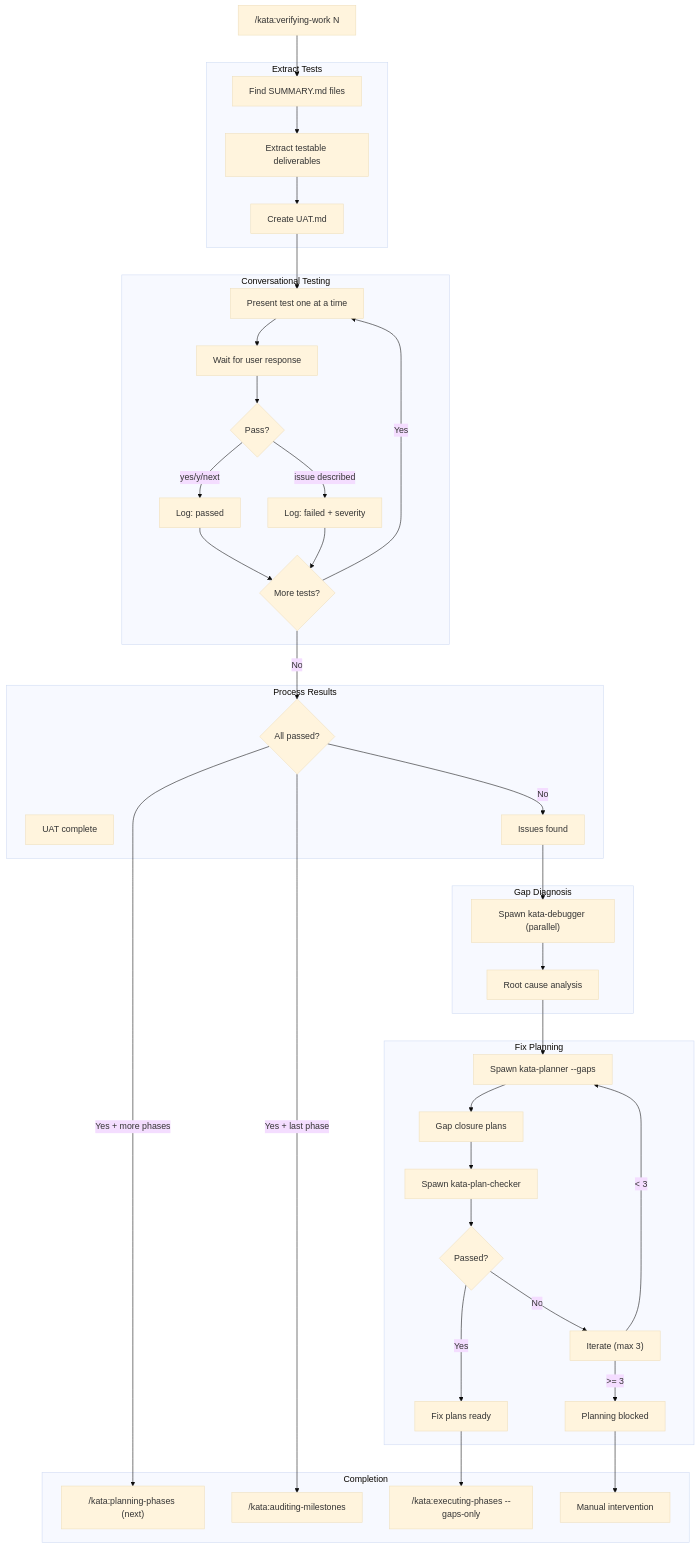
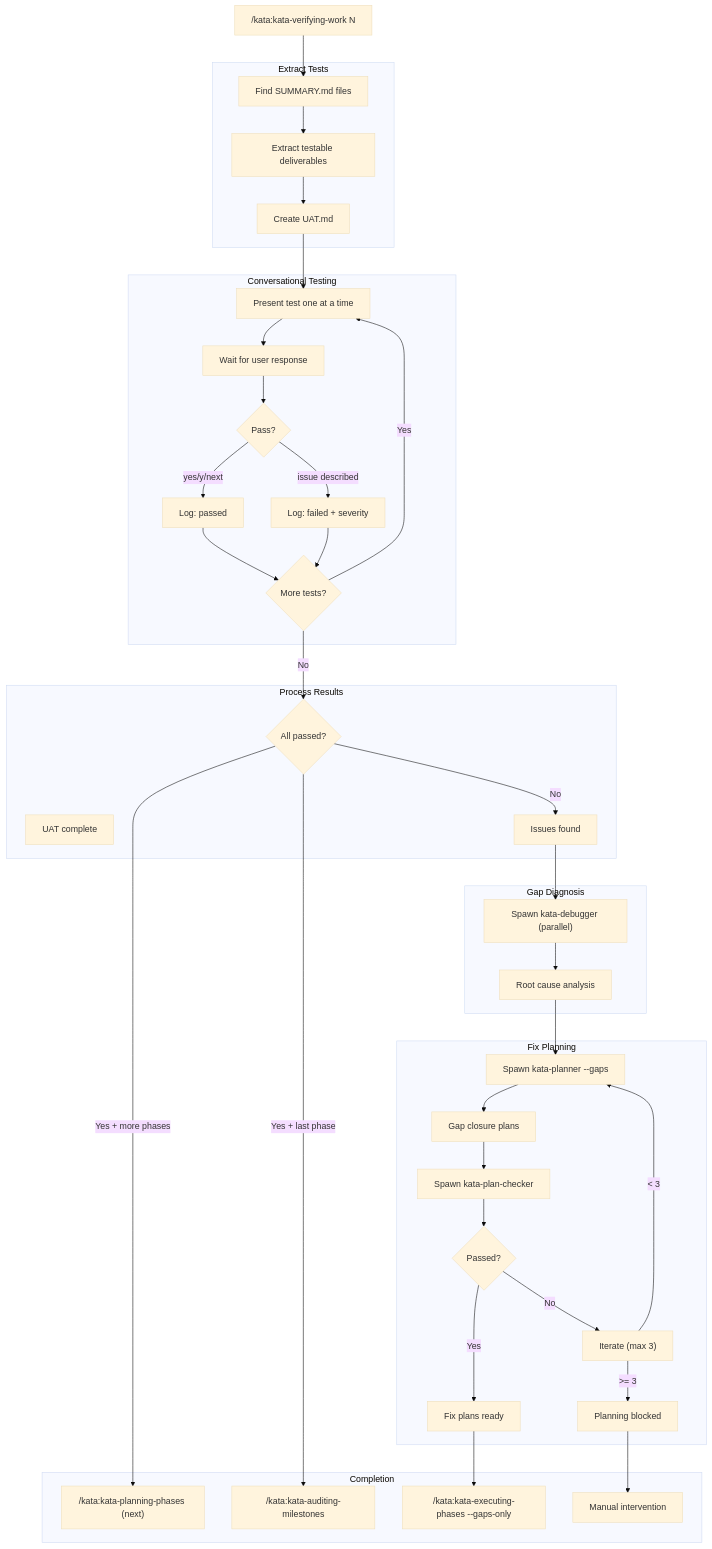
Before and after one commit to gannonh/kata: the fifth of 6 diagrams in .docs/USER-JOURNEYS.md, drawn with Mermaid (base theme). The commit also changed other lines of this file and 132 other files, not shown here.

````diff
--- a/.docs/USER-JOURNEYS.md
+++ b/.docs/USER-JOURNEYS.md
@@ -303,75 +303,75 @@
 ```mermaid
 flowchart TD
-    START["/kata:verifying-work N"]
+    START["/kata:kata-verifying-work N"]
 
     subgraph Extract["Extract Tests"]
         FIND["Find SUMMARY.md files"]
         EXTRACT["Extract testable deliverables"]
         CREATE["Create UAT.md"]
     end
 
     subgraph Test["Conversational Testing"]
         PRESENT["Present test one at a time"]
         WAIT["Wait for user response"]
         PASS{"Pass?"}
         LOG_P["Log: passed"]
         LOG_F["Log: failed + severity"]
         NEXT{"More tests?"}
     end
 
     subgraph Results["Process Results"]
         ALL_PASS{"All passed?"}
         DONE["UAT complete"]
         ISSUES["Issues found"]
     end
 
     subgraph Diagnose["Gap Diagnosis"]
         SPAWN_D["Spawn kata-debugger (parallel)"]
         DIAG["Root cause analysis"]
     end
 
     subgraph Fix["Fix Planning"]
         SPAWN_P["Spawn kata-planner --gaps"]
         FIX_PLANS["Gap closure plans"]
         SPAWN_C["Spawn kata-plan-checker"]
         VPASS{"Passed?"}
         ITERATE["Iterate (max 3)"]
         READY["Fix plans ready"]
         BLOCKED["Planning blocked"]
     end
 
     subgraph Output["Completion"]
-        ROUTE_A["/kata:planning-phases (next)"]
-        ROUTE_B["/kata:auditing-milestones"]
-        ROUTE_C["/kata:executing-phases --gaps-only"]
+        ROUTE_A["/kata:kata-planning-phases (next)"]
+        ROUTE_B["/kata:kata-auditing-milestones"]
+        ROUTE_C["/kata:kata-executing-phases --gaps-only"]
         ROUTE_D["Manual intervention"]
     end
 
     START --> FIND
     FIND --> EXTRACT
     EXTRACT --> CREATE
     CREATE --> PRESENT
     PRESENT --> WAIT
     WAIT --> PASS
     PASS -->|"yes/y/next"| LOG_P
     PASS -->|"issue described"| LOG_F
     LOG_P --> NEXT
     LOG_F --> NEXT
     NEXT -->|"Yes"| PRESENT
     NEXT -->|"No"| ALL_PASS
     ALL_PASS -->|"Yes + more phases"| ROUTE_A
     ALL_PASS -->|"Yes + last phase"| ROUTE_B
     ALL_PASS -->|"No"| ISSUES
     ISSUES --> SPAWN_D
     SPAWN_D --> DIAG
     DIAG --> SPAWN_P
     SPAWN_P --> FIX_PLANS
     FIX_PLANS --> SPAWN_C
     SPAWN_C --> VPASS
     VPASS -->|"Yes"| READY
     VPASS -->|"No"| ITERATE
     ITERATE -->|"< 3"| SPAWN_P
     ITERATE -->|">= 3"| BLOCKED
     READY --> ROUTE_C
     BLOCKED --> ROUTE_D
 ```
````
